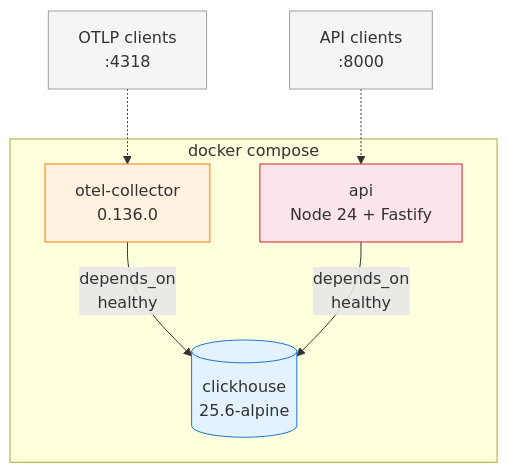
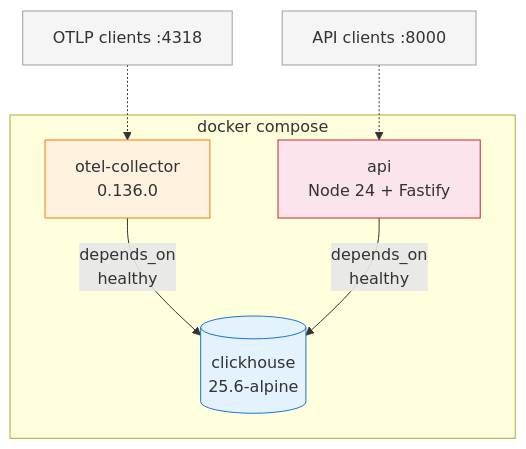
Before and after one commit to kopai-app/kopai-mono: the third of 3 diagrams in packages/clickhouse-datasource/examples/clickhouse-observability-backend/README.md, drawn with Mermaid. The commit also changed other lines of this file, not shown here.

Commit message:
fix(ch): mermaid diagrams

````diff
--- a/packages/clickhouse-datasource/examples/clickhouse-observability-backend/README.md
+++ b/packages/clickhouse-datasource/examples/clickhouse-observability-backend/README.md
@@ -35,20 +33,20 @@
 ```mermaid
 graph TB
     subgraph compose["docker compose"]
-        CH[("clickhouse\n25.6-alpine")]
-        OC["otel-collector\n0.136.0"]
-        API["api\nNode 24 + Fastify"]
+        CH[("clickhouse<br/>25.6-alpine")]
+        OC["otel-collector<br/>0.136.0"]
+        API["api<br/>Node 24 + Fastify"]
     end
 
-    OC -->|"depends_on\nhealthy"| CH
-    API -->|"depends_on\nhealthy"| CH
+    OC -->|depends_on<br/>healthy| CH
+    API -->|depends_on<br/>healthy| CH
 
-    EXT_OTEL["OTLP clients\n:4318"] -.-> OC
-    EXT_API["API clients\n:8000"] -.-> API
+    EXT_OTEL["OTLP clients :4318"] -.-> OC
+    EXT_API["API clients :8000"] -.-> API
 
     style CH fill:#e3f2fd,stroke:#1976d2
     style OC fill:#fff3e0,stroke:#f57c00
     style API fill:#fce4ec,stroke:#c62828
     style EXT_OTEL fill:#f5f5f5,stroke:#9e9e9e
     style EXT_API fill:#f5f5f5,stroke:#9e9e9e
 ```
````
